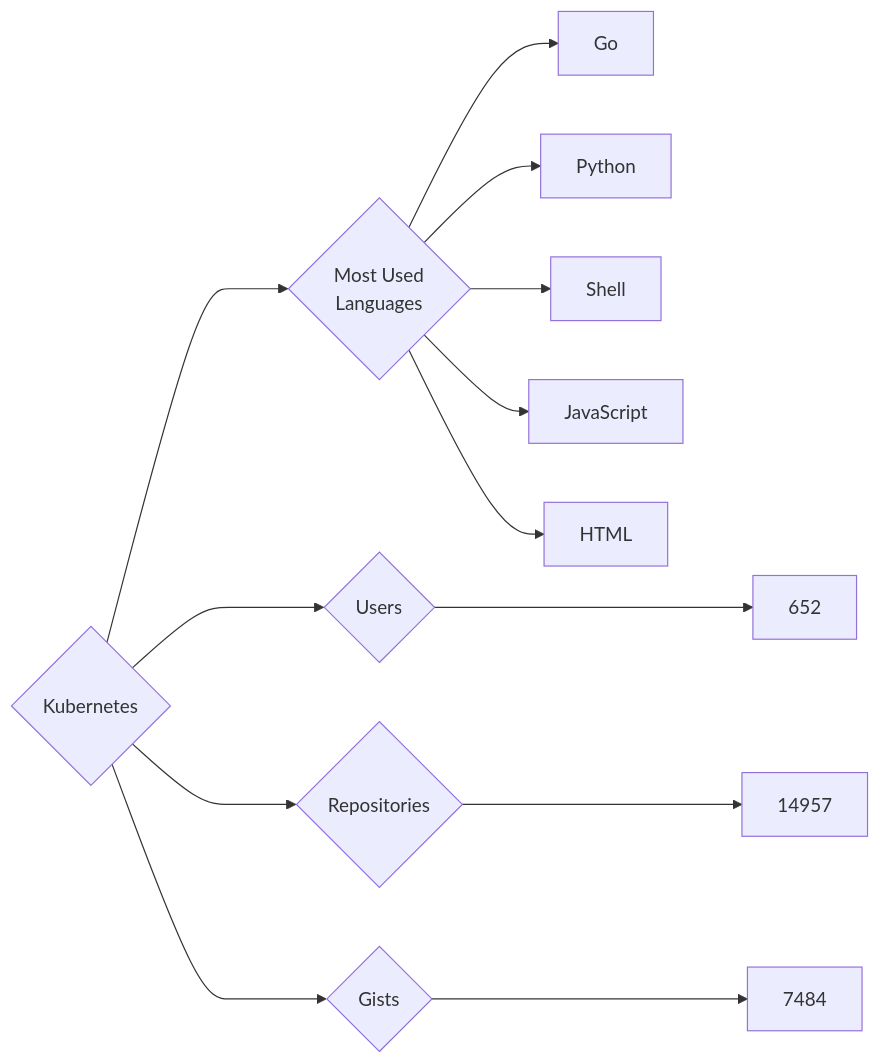
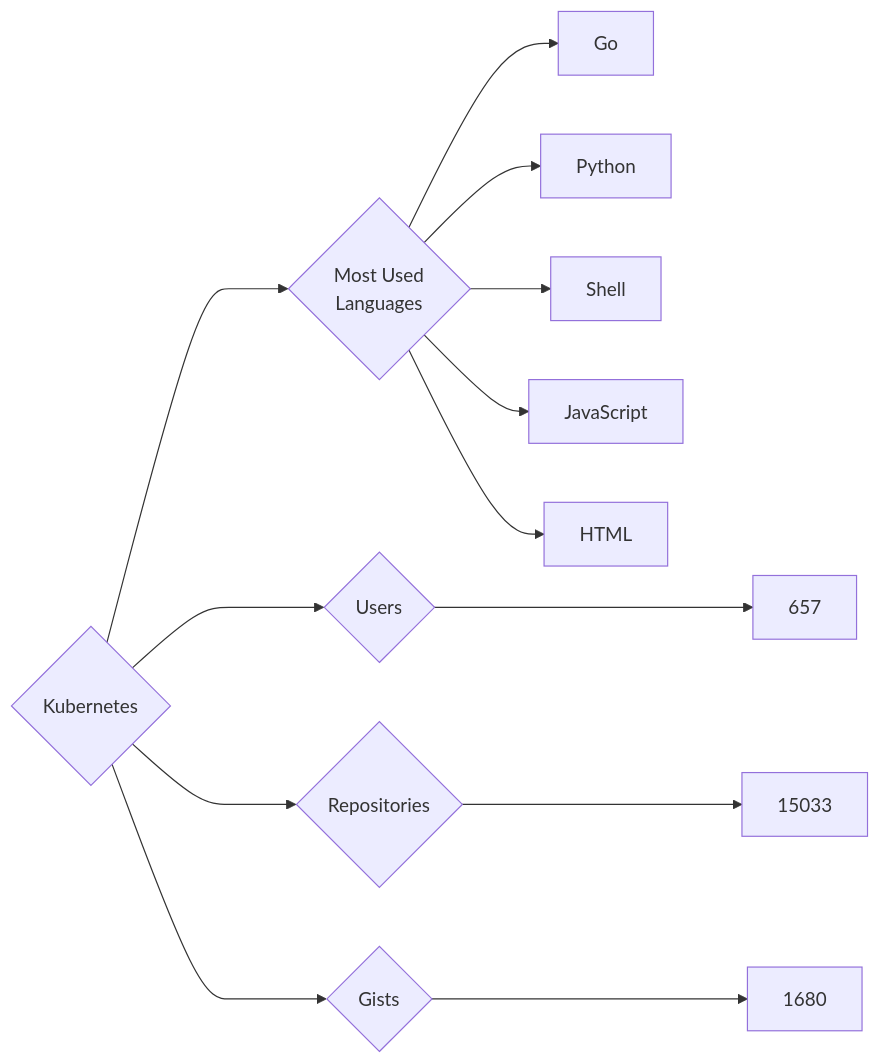
Before and after one commit to trickest/insiders: the diagram in targets/Kubernetes/README.md, drawn with Mermaid. The commit also changed 935 other files, not shown here.

````diff
--- a/targets/Kubernetes/README.md
+++ b/targets/Kubernetes/README.md
@@ -3,13 +3,13 @@
 ```mermaid
 graph LR
 COMPANY_NAME{Kubernetes}
-COMPANY_NAME ---> U{Users} ---> UN[652]
-COMPANY_NAME ---> R{Repositories} ---> RN[14957]
-COMPANY_NAME ---> G{Gists} ---> GN[7484]
+COMPANY_NAME ---> U{Users} ---> UN[657]
+COMPANY_NAME ---> R{Repositories} ---> RN[15033]
+COMPANY_NAME ---> G{Gists} ---> GN[1680]
 COMPANY_NAME ---> ML{Most Used<br>Languages}
 ML --> Go[Go]
 ML --> Python[Python]
 ML --> Shell[Shell]
 ML --> JavaScript[JavaScript]
 ML --> HTML[HTML]
 ```
````
